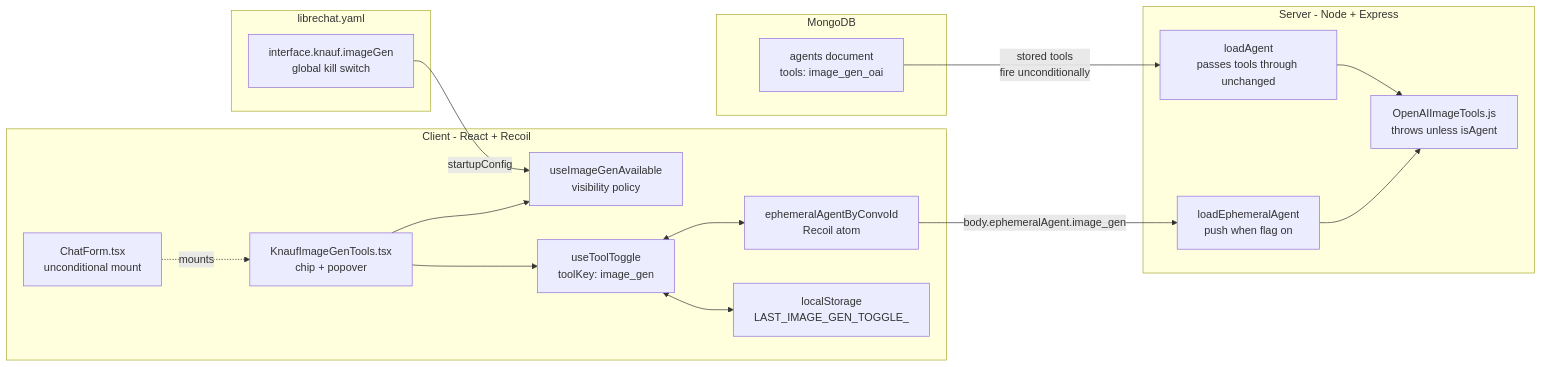
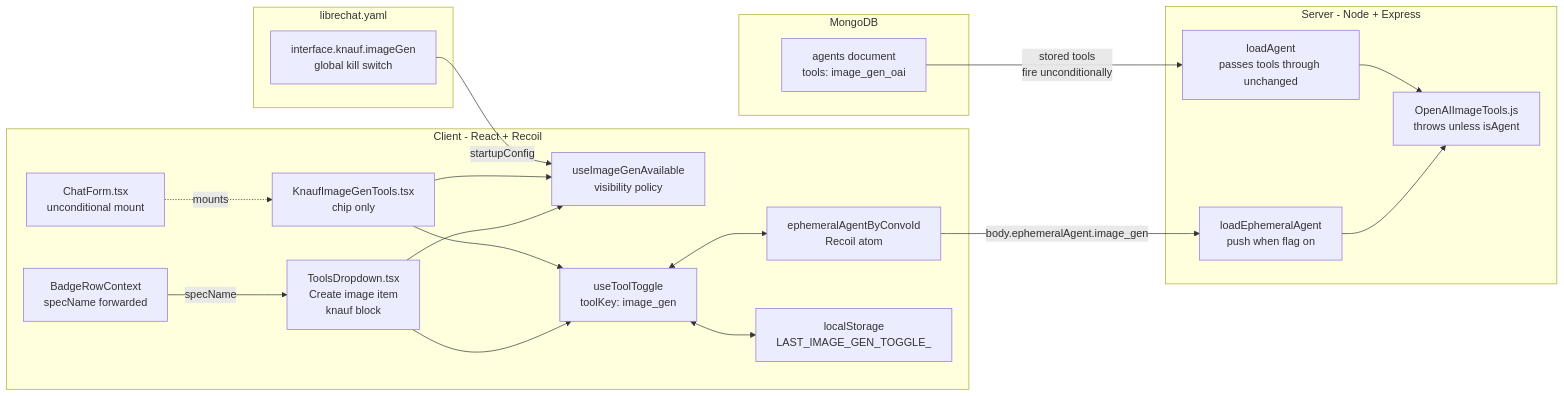
Before and after one commit to Falenos/LibreChat: the third of 3 diagrams in knauf/docs/reference/image-gen-toggle.md, drawn with Mermaid. The commit also changed other lines of this file and 5 other files, not shown here.

````diff
--- a/knauf/docs/reference/image-gen-toggle.md
+++ b/knauf/docs/reference/image-gen-toggle.md
@@ -140,32 +143,37 @@
 ```mermaid
 flowchart LR
   subgraph YAML[librechat.yaml]
     Y1[interface.knauf.imageGen<br/>global kill switch]
   end
   subgraph DB[MongoDB]
     A1[agents document<br/>tools: image_gen_oai]
   end
   subgraph Client[Client - React + Recoil]
     C1[ChatForm.tsx<br/>unconditional mount]
-    C2[KnaufImageGenTools.tsx<br/>chip + popover]
+    C2[KnaufImageGenTools.tsx<br/>chip only]
+    TD[ToolsDropdown.tsx<br/>Create image item<br/>knauf block]
+    BR[BadgeRowContext<br/>specName forwarded]
     H1[useImageGenAvailable<br/>visibility policy]
     C3[useToolToggle<br/>toolKey: image_gen]
     C4[ephemeralAgentByConvoId<br/>Recoil atom]
     C5[localStorage<br/>LAST_IMAGE_GEN_TOGGLE_]
   end
   subgraph Server[Server - Node + Express]
     S1[loadAgent<br/>passes tools through unchanged]
     S2[loadEphemeralAgent<br/>push when flag on]
     S3[OpenAIImageTools.js<br/>throws unless isAgent]
   end
   Y1 -->|startupConfig| H1
   A1 -->|stored tools<br/>fire unconditionally| S1
   C1 -.mounts.-> C2
   C2 --> H1
   C2 --> C3
+  BR -->|specName| TD
+  TD --> H1
+  TD --> C3
   C3 <--> C4
   C3 <--> C5
   C4 -->|body.ephemeralAgent.image_gen| S2
   S1 --> S3
   S2 --> S3
 ```
````
